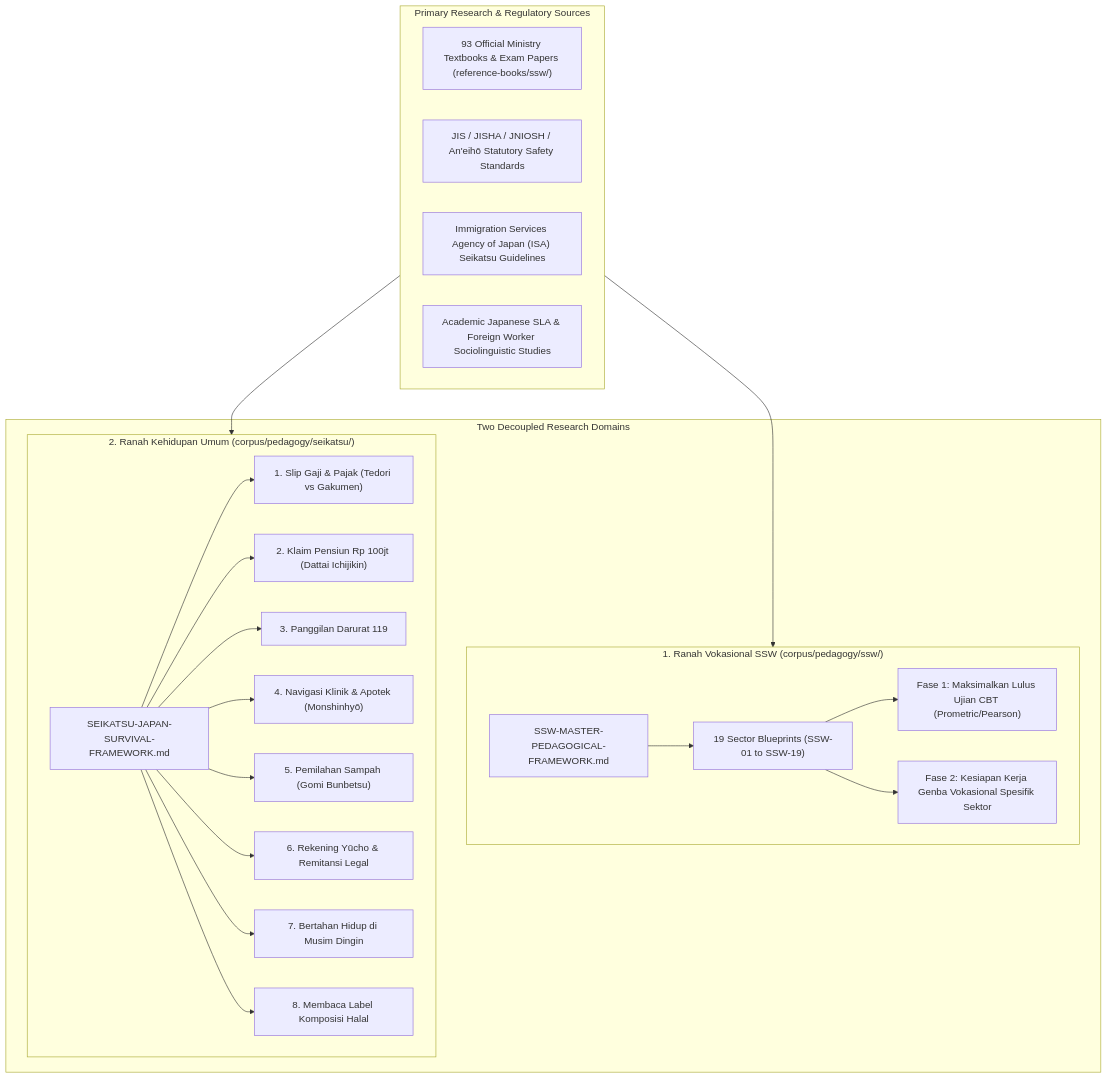
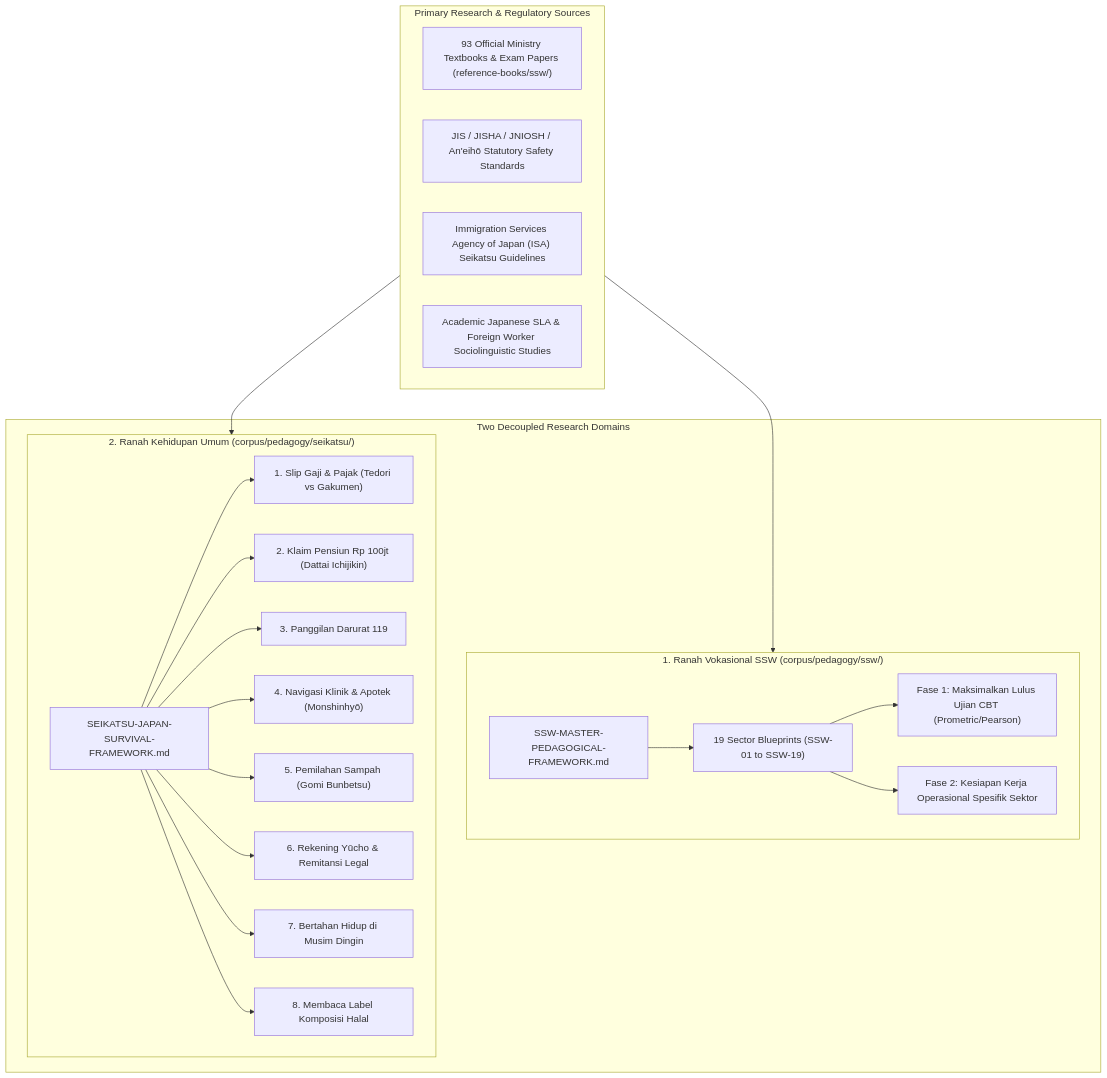
The first of 2 diagrams in corpus/pedagogy/SSW-MASTER-PEDAGOGICAL-RESEARCH-PLAN-v4.md (nuggetenak/nugget-nihongo), drawn with Mermaid before and after one commit. The commit also changed other lines of this file, not shown here.

````diff
--- a/corpus/pedagogy/SSW-MASTER-PEDAGOGICAL-RESEARCH-PLAN-v4.md
+++ b/corpus/pedagogy/SSW-MASTER-PEDAGOGICAL-RESEARCH-PLAN-v4.md
@@ -79,44 +81,44 @@
 ```mermaid
 flowchart TD
     subgraph PrimarySources["Primary Research & Regulatory Sources"]
         R1["93 Official Ministry Textbooks & Exam Papers (reference-books/ssw/)"]
         R2["JIS / JISHA / JNIOSH / An'eihō Statutory Safety Standards"]
         R3["Immigration Services Agency of Japan (ISA) Seikatsu Guidelines"]
         R4["Academic Japanese SLA & Foreign Worker Sociolinguistic Studies"]
     end
 
     subgraph DomainSplit["Two Decoupled Research Domains"]
         subgraph DomainSSW["1. Ranah Vokasional SSW (corpus/pedagogy/ssw/)"]
             S_Master["SSW-MASTER-PEDAGOGICAL-FRAMEWORK.md"]
             S_19["19 Sector Blueprints (SSW-01 to SSW-19)"]
             S_Phase1["Fase 1: Maksimalkan Lulus Ujian CBT (Prometric/Pearson)"]
-            S_Phase2["Fase 2: Kesiapan Kerja Genba Vokasional Spesifik Sektor"]
+            S_Phase2["Fase 2: Kesiapan Kerja Operasional Spesifik Sektor"]
             S_Master --> S_19
             S_19 --> S_Phase1
             S_19 --> S_Phase2
         end
 
         subgraph DomainSeikatsu["2. Ranah Kehidupan Umum (corpus/pedagogy/seikatsu/)"]
             L_Master["SEIKATSU-JAPAN-SURVIVAL-FRAMEWORK.md"]
             L_Pay["1. Slip Gaji & Pajak (Tedori vs Gakumen)"]
             L_Nenkin["2. Klaim Pensiun Rp 100jt (Dattai Ichijikin)"]
             L_119["3. Panggilan Darurat 119"]
             L_Clinic["4. Navigasi Klinik & Apotek (Monshinhyō)"]
             L_Trash["5. Pemilahan Sampah (Gomi Bunbetsu)"]
             L_Bank["6. Rekening Yūcho & Remitansi Legal"]
             L_Winter["7. Bertahan Hidup di Musim Dingin"]
             L_Halal["8. Membaca Label Komposisi Halal"]
             L_Master --> L_Pay
             L_Master --> L_Nenkin
             L_Master --> L_119
             L_Master --> L_Clinic
             L_Master --> L_Trash
             L_Master --> L_Bank
             L_Master --> L_Winter
             L_Master --> L_Halal
         end
     end
 
     PrimarySources --> DomainSSW
     PrimarySources --> DomainSeikatsu
 ```
````
